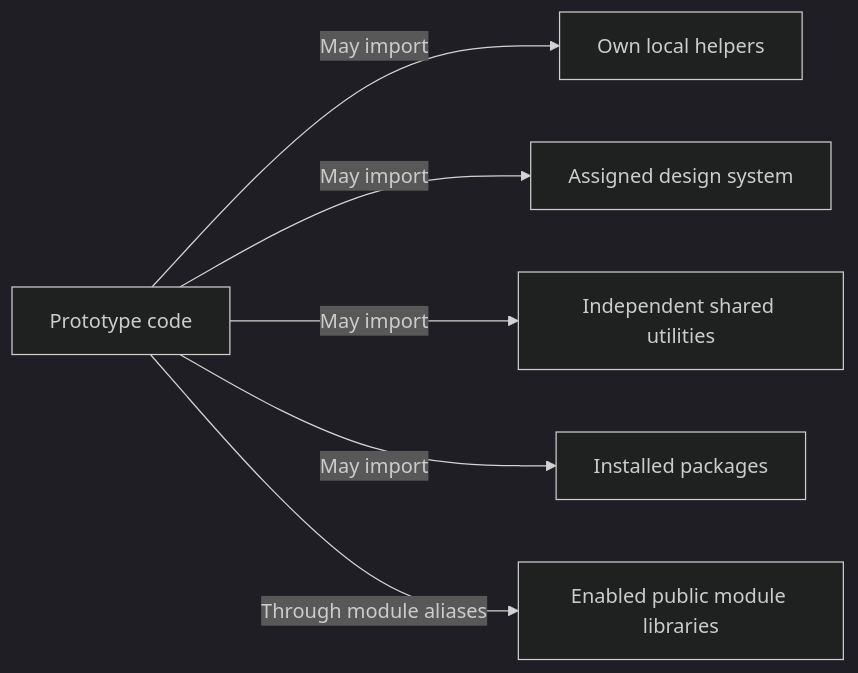
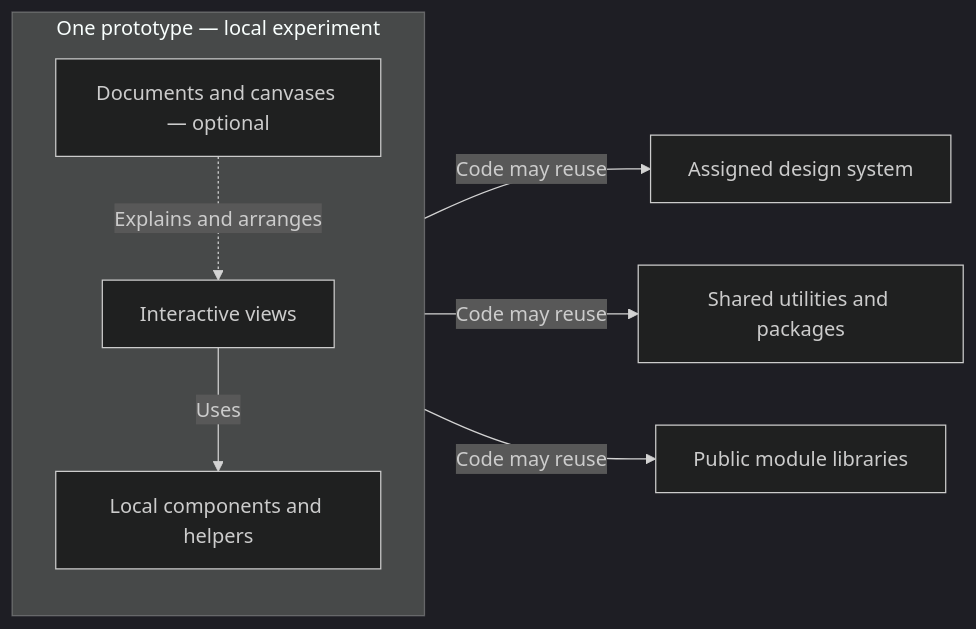
The fifth of 5 diagrams in src/handbook/docs/system-diagrams-draft.md (itspatmorgan/design-studio-starter), drawn with Mermaid (dark theme) before and after one commit. The commit also changed other lines of this file and 1 other file, not shown here.

Commit message:
Focus diagram drafts on personas and improve dark contrast

````diff
--- a/src/handbook/docs/system-diagrams-draft.md
+++ b/src/handbook/docs/system-diagrams-draft.md
@@ -154,11 +177,16 @@
 ```mermaid
 flowchart LR
-  accTitle: Allowed prototype imports
-  accDescr: A prototype can import its own helpers, its assigned design system, independent shared utilities, installed packages, and public libraries of enabled modules through their module aliases. It cannot import private platform code, other prototypes, or other design systems.
-  prototype[Prototype code]
-  prototype -->|May import| helpers[Own local helpers]
-  prototype -->|May import| system[Assigned design system]
-  prototype -->|May import| utilities[Independent shared utilities]
-  prototype -->|May import| packages[Installed packages]
-  prototype -->|Through module aliases| libraries[Enabled public module libraries]
+  accTitle: A prototype's local scope and reusable foundations
+  accDescr: A prototype contains interactive views, local helpers, and optional documents and canvases. Its code can reuse its assigned design system, independent shared utilities, installed packages, and public libraries from enabled modules. Other prototypes, other design systems, and private platform code are outside its dependency boundary.
+  subgraph prototype[One prototype — local experiment]
+    direction TB
+    views[Interactive views]
+    helpers[Local components and helpers]
+    material[Documents and canvases — optional]
+    views -->|Uses| helpers
+    material -.->|Explains and arranges| views
+  end
+  prototype -->|Code may reuse| system[Assigned design system]
+  prototype -->|Code may reuse| tools[Shared utilities and packages]
+  prototype -->|Code may reuse| libraries[Public module libraries]
 ```
````
